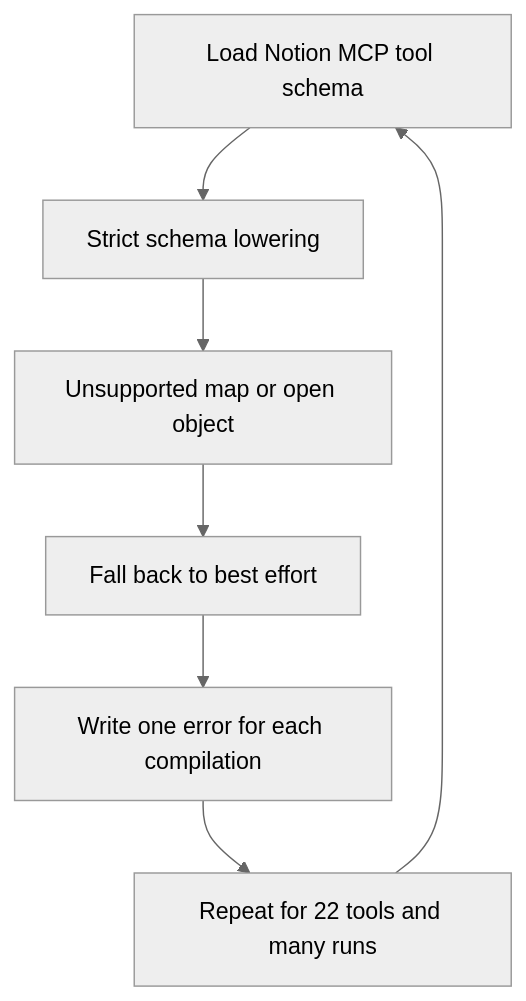
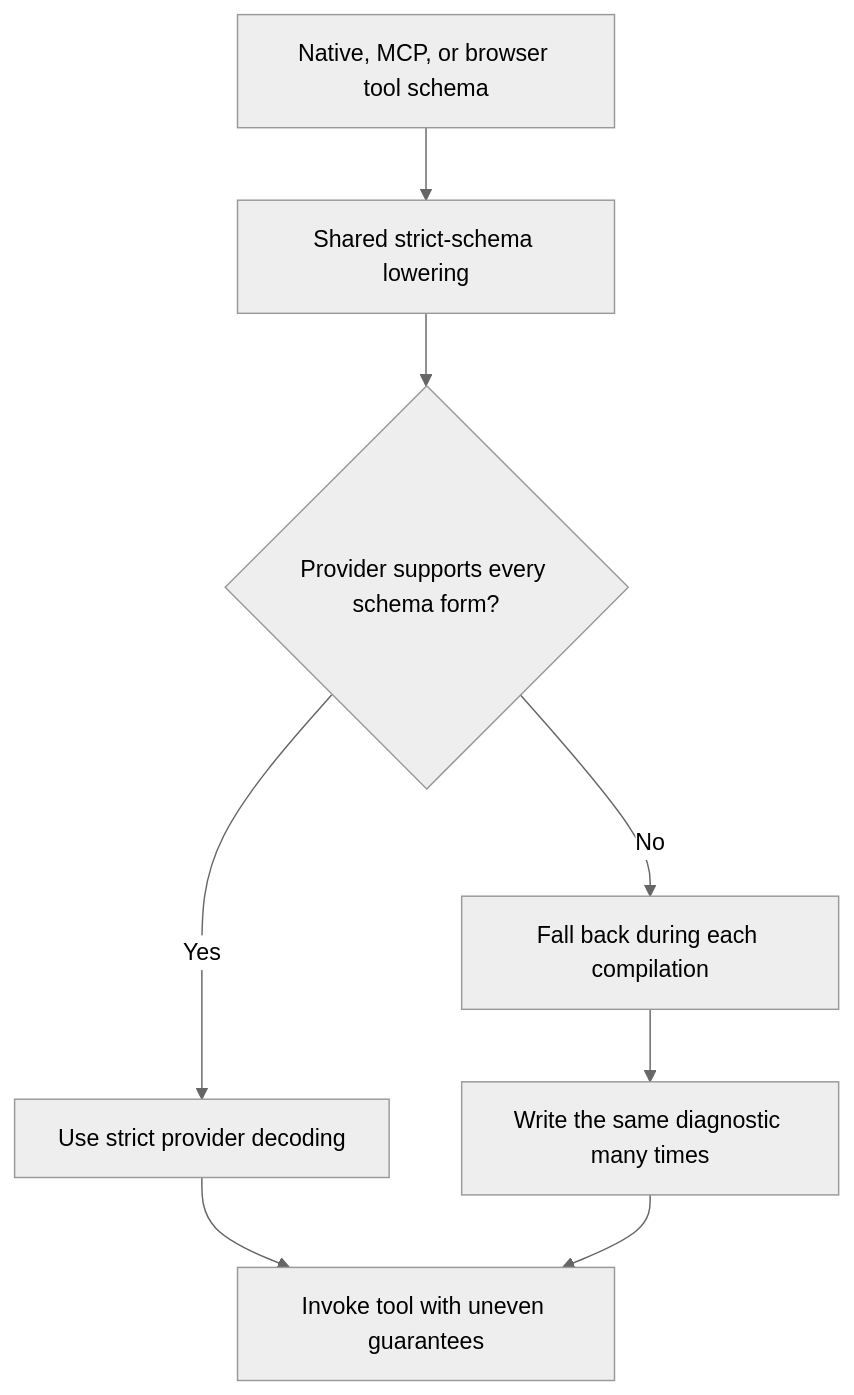
Diagram 20 of 26 in docs/superpowers/plans/2026-08-08-noema-practical-reliability-roadmap.md (kpsuperplane/Noema), drawn with Mermaid (neutral theme) before and after one commit. The commit also changed other lines of this file, not shown here.

Commit message:
docs: generalize schema and action authority roadmap

````diff
--- a/docs/superpowers/plans/2026-08-08-noema-practical-reliability-roadmap.md
+++ b/docs/superpowers/plans/2026-08-08-noema-practical-reliability-roadmap.md
@@ -920,11 +929,14 @@
 ```mermaid
 flowchart TD
-    A["Load Notion MCP tool schema"]
-    B["Strict schema lowering"]
-    C["Unsupported map or open object"]
-    D["Fall back to best effort"]
-    E["Write one error for each compilation"]
-    F["Repeat for 22 tools and many runs"]
+    A["Native, MCP, or browser tool schema"]
+    B["Shared strict-schema lowering"]
+    C{"Provider supports every schema form?"}
+    D["Use strict provider decoding"]
+    E["Fall back during each compilation"]
+    F["Write the same diagnostic many times"]
+    G["Invoke tool with uneven guarantees"]
 
-    A --> B --> C --> D --> E --> F --> A
+    A --> B --> C
+    C -->|Yes| D --> G
+    C -->|No| E --> F --> G
 ```
````
